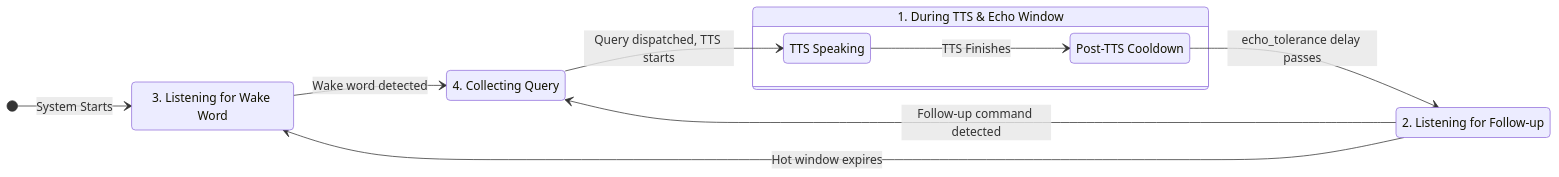
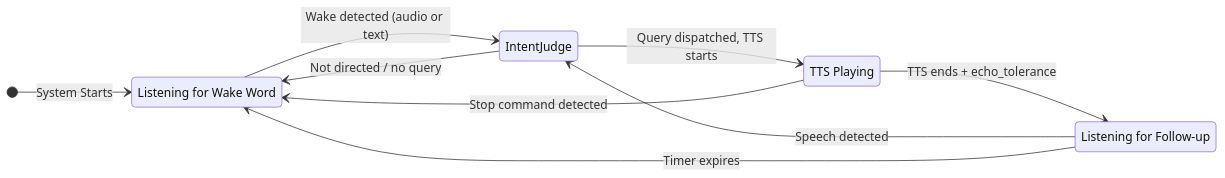
The diagram in src/jarvis/listening/listening.spec.md (isair/jarvis), drawn with Mermaid before and after one commit. The commit also changed other lines of this file and 25 other files, not shown here.

Commit message:
feat: complete overhaul of the listener with an LLM intent judge

````diff
--- a/src/jarvis/listening/listening.spec.md
+++ b/src/jarvis/listening/listening.spec.md
@@ -38,21 +264,17 @@
 ```mermaid
 stateDiagram-v2
     direction LR
     [*] --> WakeWord: System Starts
 
-    state "1. During TTS & Echo Window" as EchoCheck {
-        DuringTTS: TTS Speaking
-        EchoWindow: Post-TTS Cooldown
-        DuringTTS --> EchoWindow: TTS Finishes
-    }
+    WakeWord: Listening for Wake Word
+    HotWindow: Listening for Follow-up
+    DuringTTS: TTS Playing
 
-    WakeWord: 3. Listening for Wake Word
-    HotWindow: 2. Listening for Follow-up
-    Collecting: 4. Collecting Query
-
-    WakeWord --> Collecting: Wake word detected
-    EchoWindow --> HotWindow: echo_tolerance delay passes
-    HotWindow --> Collecting: Follow-up command detected
-    Collecting --> DuringTTS: Query dispatched, TTS starts
-    HotWindow --> WakeWord: Hot window expires
+    WakeWord --> IntentJudge: Wake detected (audio or text)
+    IntentJudge --> DuringTTS: Query dispatched, TTS starts
+    IntentJudge --> WakeWord: Not directed / no query
+    DuringTTS --> HotWindow: TTS ends + echo_tolerance
+    HotWindow --> IntentJudge: Speech detected
+    HotWindow --> WakeWord: Timer expires
+    DuringTTS --> WakeWord: Stop command detected
 ```
````
